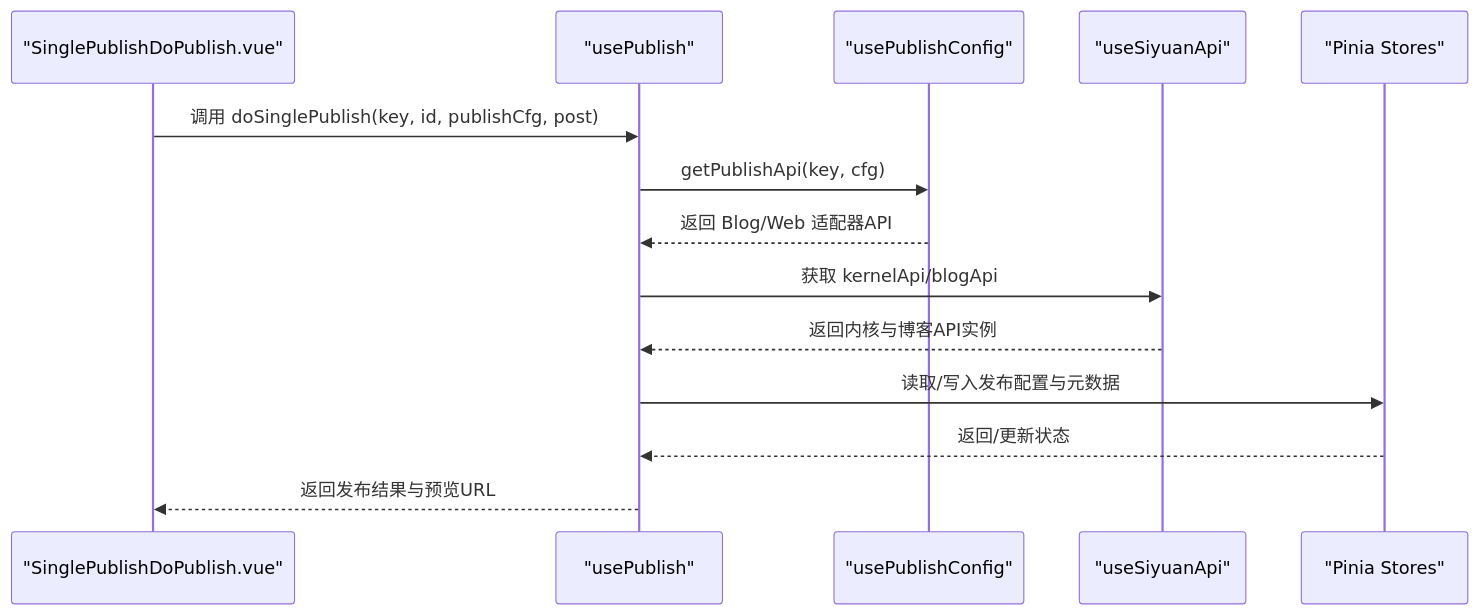
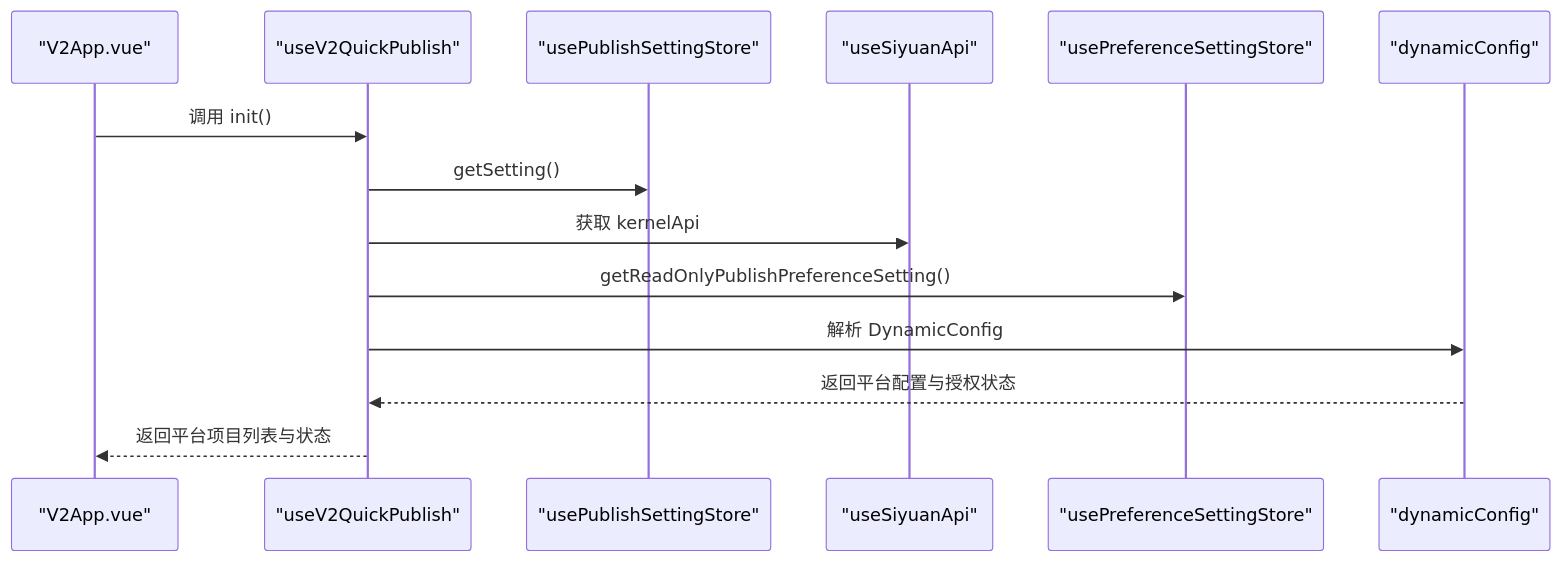
The second of 8 diagrams in .qoder/repowiki/zh/content/核心架构/组件架构设计/Composition API设计模式/Composition API设计模式.md (terwer/siyuan-plugin-publisher), drawn with Mermaid before and after one commit. The commit also changed other lines of this file and 4 other files, not shown here.

First line of the commit message:
feat(v2): add comprehensive documentation and enhance UI for V2 quick publish

````diff
--- a/.qoder/repowiki/zh/content/核心架构/组件架构设计/Composition API设计模式/Composition API设计模式.md
+++ b/.qoder/repowiki/zh/content/核心架构/组件架构设计/Composition API设计模式/Composition API设计模式.md
@@ -150,16 +150,16 @@
 ```mermaid
 sequenceDiagram
-participant Page as "SinglePublishDoPublish.vue"
-participant Pub as "usePublish"
-participant Cfg as "usePublishConfig"
-participant Api as "useSiyuanApi"
-participant Store as "Pinia Stores"
-Page->>Pub : 调用 doSinglePublish(key, id, publishCfg, post)
-Pub->>Cfg : getPublishApi(key, cfg)
-Cfg-->>Pub : 返回 Blog/Web 适配器API
-Pub->>Api : 获取 kernelApi/blogApi
-Api-->>Pub : 返回内核与博客API实例
-Pub->>Store : 读取/写入发布配置与元数据
-Store-->>Pub : 返回/更新状态
-Pub-->>Page : 返回发布结果与预览URL
+participant Page as "V2App.vue"
+participant V2QP as "useV2QuickPublish"
+participant PSS as "usePublishSettingStore"
+participant USA as "useSiyuanApi"
+participant Pref as "usePreferenceSettingStore"
+participant DC as "dynamicConfig"
+Page->>V2QP : 调用 init()
+V2QP->>PSS : getSetting()
+V2QP->>USA : 获取 kernelApi
+V2QP->>Pref : getReadOnlyPublishPreferenceSetting()
+V2QP->>DC : 解析 DynamicConfig
+DC-->>V2QP : 返回平台配置与授权状态
+V2QP-->>Page : 返回平台项目列表与状态
 ```
````
